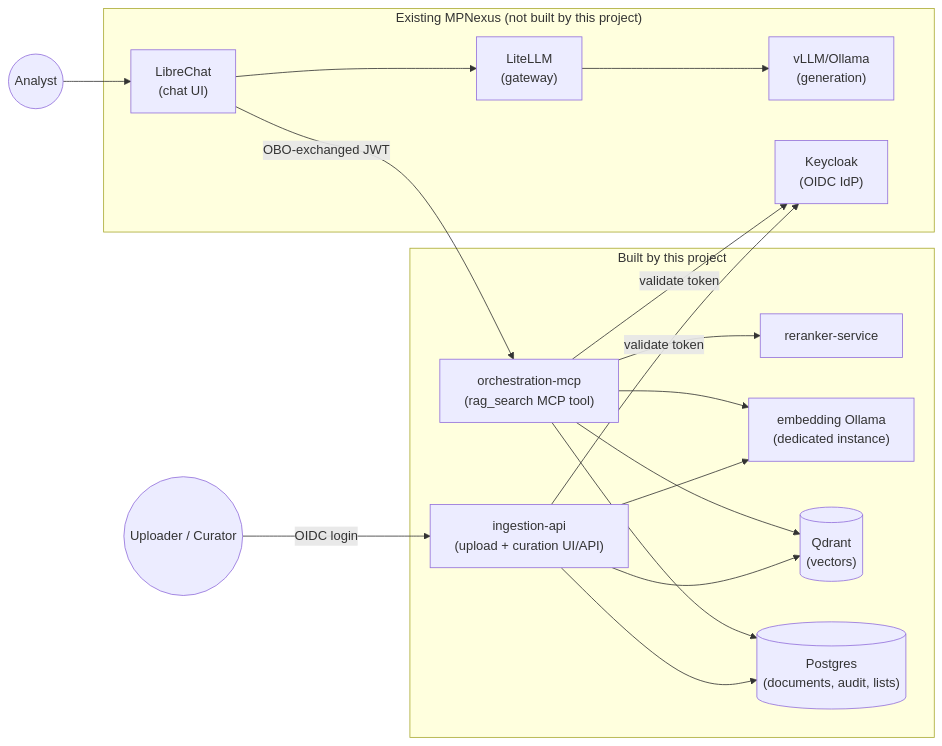
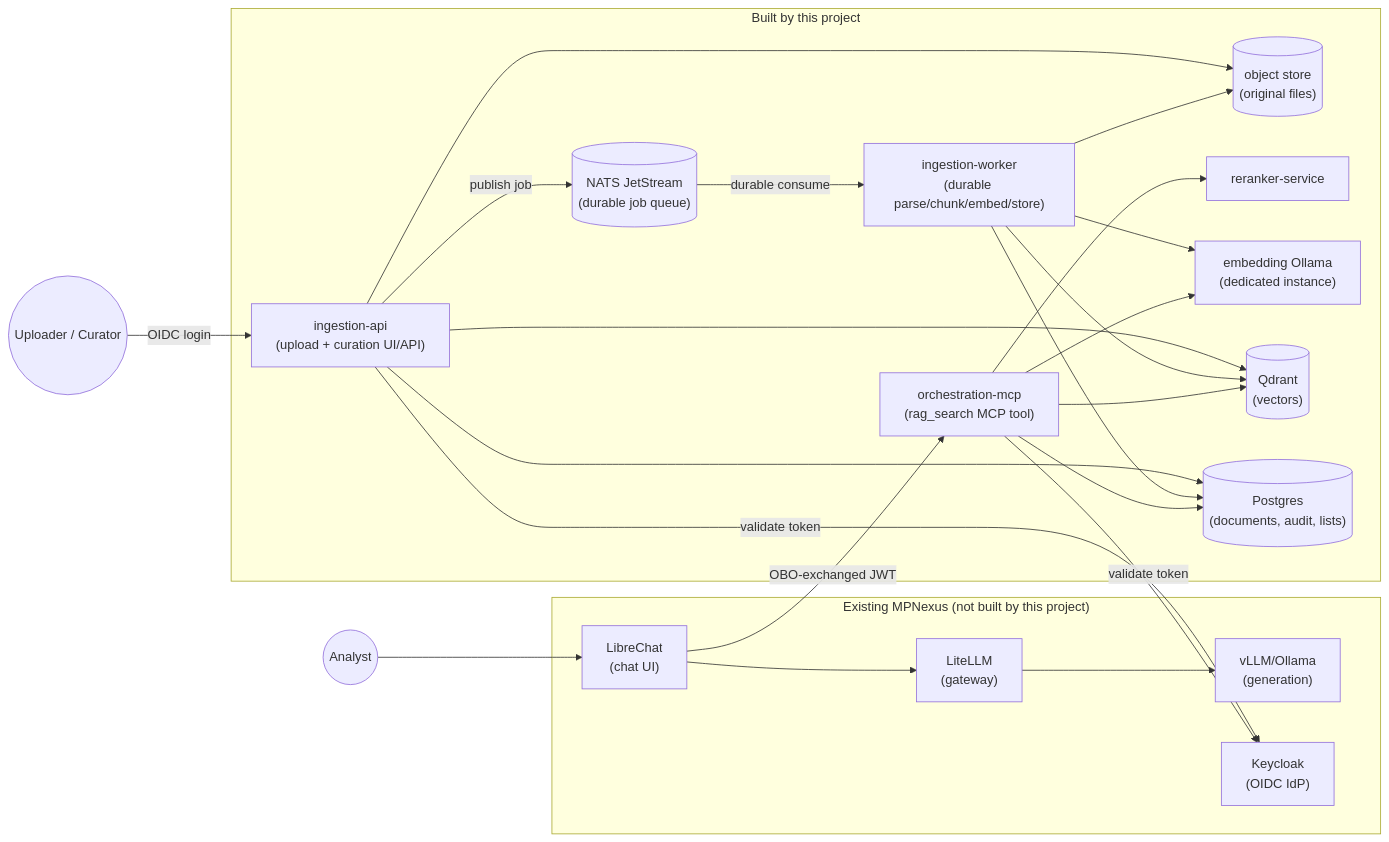
The first of 8 diagrams in ARCHITECTURE.md (schuecl/nexus-rag), drawn with Mermaid before and after one commit. The commit also changed other lines of this file and 1 other file, not shown here.

````diff
--- a/ARCHITECTURE.md
+++ b/ARCHITECTURE.md
@@ -11,32 +11,41 @@
 ```mermaid
 flowchart LR
     subgraph existing["Existing MPNexus (not built by this project)"]
         LibreChat["LibreChat<br/>(chat UI)"]
         LiteLLM["LiteLLM<br/>(gateway)"]
         VLLM["vLLM/Ollama<br/>(generation)"]
         Keycloak["Keycloak<br/>(OIDC IdP)"]
     end
 
     subgraph new["Built by this project"]
         IngestUI["ingestion-api<br/>(upload + curation UI/API)"]
+        Worker["ingestion-worker<br/>(durable parse/chunk/embed/store)"]
+        NATS[("NATS JetStream<br/>(durable job queue)")]
+        ObjStore[("object store<br/>(original files)")]
         MCP["orchestration-mcp<br/>(rag_search MCP tool)"]
         Reranker["reranker-service"]
         EmbedOllama["embedding Ollama<br/>(dedicated instance)"]
         Qdrant[("Qdrant<br/>(vectors)")]
         Postgres[("Postgres<br/>(documents, audit, lists)")]
     end
 
     User(("Uploader / Curator")) -->|OIDC login| IngestUI
     Analyst(("Analyst")) --> LibreChat
     LibreChat -->|OBO-exchanged JWT| MCP
     LibreChat --> LiteLLM --> VLLM
     IngestUI -->|validate token| Keycloak
     MCP -->|validate token| Keycloak
-    IngestUI --> EmbedOllama
+    IngestUI --> ObjStore
+    IngestUI -->|publish job| NATS
+    IngestUI --> Postgres
     IngestUI --> Qdrant
-    IngestUI --> Postgres
+    NATS -->|durable consume| Worker
+    Worker --> ObjStore
+    Worker --> EmbedOllama
+    Worker --> Qdrant
+    Worker --> Postgres
     MCP --> Qdrant
     MCP --> Reranker
     MCP --> EmbedOllama
     MCP --> Postgres
 ```
````
